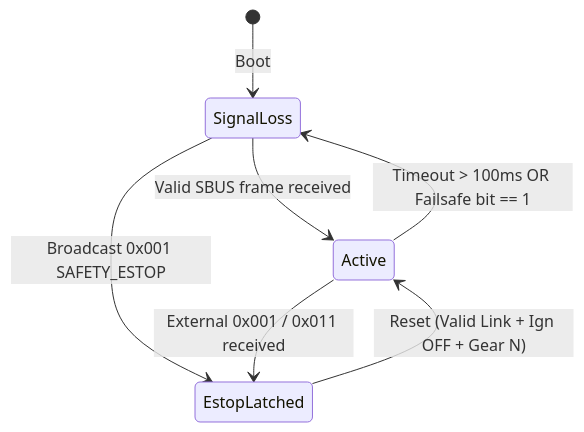
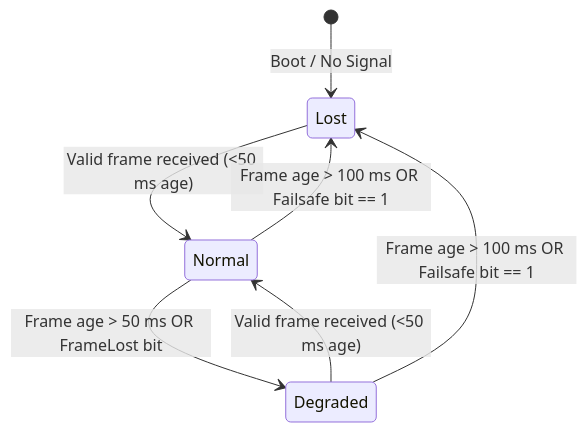
The first of 3 diagrams in rm-esp32-t12d/architecture.md (shakilapr/etrike), drawn with Mermaid before and after one commit. The commit also changed other lines of this file and 1 other file, not shown here.

Commit message:
docs(rm-esp32-t12d): update README and architecture specification for automotive HMI

````diff
--- a/rm-esp32-t12d/architecture.md
+++ b/rm-esp32-t12d/architecture.md
@@ -70,9 +98,9 @@
 ```mermaid
 stateDiagram-v2
-    [*] --> SignalLoss : Boot
-    SignalLoss --> Active : Valid SBUS frame received
-    Active --> SignalLoss : Timeout > 100ms OR Failsafe bit == 1
-    SignalLoss --> EstopLatched : Broadcast 0x001 SAFETY_ESTOP
-    Active --> EstopLatched : External 0x001 / 0x011 received
-    EstopLatched --> Active : Reset (Valid Link + Ign OFF + Gear N)
+    [*] --> Lost : Boot / No Signal
+    Lost --> Normal : Valid frame received (<50 ms age)
+    Normal --> Degraded : Frame age > 50 ms OR FrameLost bit
+    Degraded --> Normal : Valid frame received (<50 ms age)
+    Degraded --> Lost : Frame age > 100 ms OR Failsafe bit == 1
+    Normal --> Lost : Frame age > 100 ms OR Failsafe bit == 1
 ```
````
